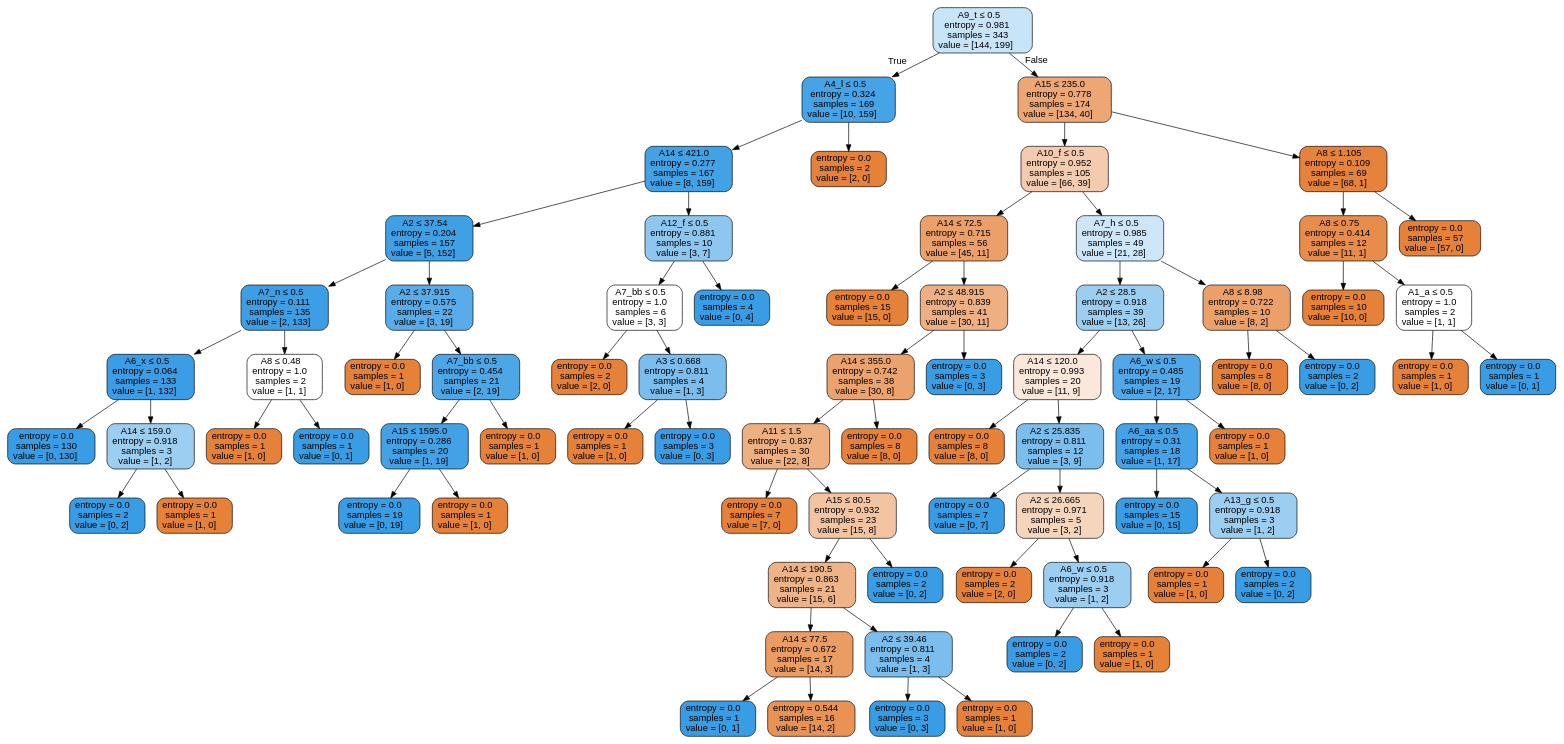
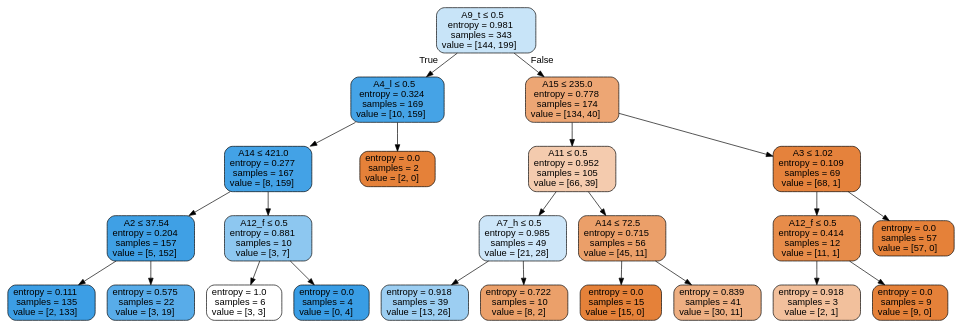
One commit to appleyuchi/Decision_Tree_Prune changed the diagram in sklearn_cart-classification_CCP-finish/sklearnCART2json_CCP/visualization/T0.dot. Above: the diagram before and after it, drawn with Graphviz. The commit also changed 6 other files, not shown here.

```diff
--- a/sklearn_cart-classification_CCP-finish/sklearnCART2json_CCP/visualization/T0.dot
+++ b/sklearn_cart-classification_CCP-finish/sklearnCART2json_CCP/visualization/T0.dot
@@ -1,153 +1,49 @@
 digraph Tree {
 node [shape=box, style="filled, rounded", color="black", fontname=helvetica] ;
 edge [fontname=helvetica] ;
 0 [label=<A9_t &le; 0.5<br/>entropy = 0.981<br/>samples = 343<br/>value = [144, 199]>, fillcolor="#399de546"] ;
 1 [label=<A4_l &le; 0.5<br/>entropy = 0.324<br/>samples = 169<br/>value = [10, 159]>, fillcolor="#399de5ef"] ;
 0 -> 1 [labeldistance=2.5, labelangle=45, headlabel="True"] ;
 2 [label=<A14 &le; 421.0<br/>entropy = 0.277<br/>samples = 167<br/>value = [8, 159]>, fillcolor="#399de5f2"] ;
 1 -> 2 ;
 3 [label=<A2 &le; 37.54<br/>entropy = 0.204<br/>samples = 157<br/>value = [5, 152]>, fillcolor="#399de5f7"] ;
 2 -> 3 ;
-4 [label=<A7_n &le; 0.5<br/>entropy = 0.111<br/>samples = 135<br/>value = [2, 133]>, fillcolor="#399de5fb"] ;
+4 [label=<entropy = 0.111<br/>samples = 135<br/>value = [2, 133]>, fillcolor="#399de5fb"] ;
 3 -> 4 ;
-5 [label=<A6_x &le; 0.5<br/>entropy = 0.064<br/>samples = 133<br/>value = [1, 132]>, fillcolor="#399de5fd"] ;
-4 -> 5 ;
-6 [label=<entropy = 0.0<br/>samples = 130<br/>value = [0, 130]>, fillcolor="#399de5ff"] ;
-5 -> 6 ;
-7 [label=<A14 &le; 159.0<br/>entropy = 0.918<br/>samples = 3<br/>value = [1, 2]>, fillcolor="#399de57f"] ;
-5 -> 7 ;
-8 [label=<entropy = 0.0<br/>samples = 2<br/>value = [0, 2]>, fillcolor="#399de5ff"] ;
-7 -> 8 ;
-9 [label=<entropy = 0.0<br/>samples = 1<br/>value = [1, 0]>, fillcolor="#e58139ff"] ;
-7 -> 9 ;
-10 [label=<A8 &le; 0.48<br/>entropy = 1.0<br/>samples = 2<br/>value = [1, 1]>, fillcolor="#e5813900"] ;
-4 -> 10 ;
-11 [label=<entropy = 0.0<br/>samples = 1<br/>value = [1, 0]>, fillcolor="#e58139ff"] ;
+5 [label=<entropy = 0.575<br/>samples = 22<br/>value = [3, 19]>, fillcolor="#399de5d7"] ;
+3 -> 5 ;
+6 [label=<A12_f &le; 0.5<br/>entropy = 0.881<br/>samples = 10<br/>value = [3, 7]>, fillcolor="#399de592"] ;
+2 -> 6 ;
+7 [label=<entropy = 1.0<br/>samples = 6<br/>value = [3, 3]>, fillcolor="#e5813900"] ;
+6 -> 7 ;
+8 [label=<entropy = 0.0<br/>samples = 4<br/>value = [0, 4]>, fillcolor="#399de5ff"] ;
+6 -> 8 ;
+9 [label=<entropy = 0.0<br/>samples = 2<br/>value = [2, 0]>, fillcolor="#e58139ff"] ;
+1 -> 9 ;
+10 [label=<A15 &le; 235.0<br/>entropy = 0.778<br/>samples = 174<br/>value = [134, 40]>, fillcolor="#e58139b3"] ;
+0 -> 10 [labeldistance=2.5, labelangle=-45, headlabel="False"] ;
+11 [label=<A11 &le; 0.5<br/>entropy = 0.952<br/>samples = 105<br/>value = [66, 39]>, fillcolor="#e5813968"] ;
 10 -> 11 ;
-12 [label=<entropy = 0.0<br/>samples = 1<br/>value = [0, 1]>, fillcolor="#399de5ff"] ;
-10 -> 12 ;
-13 [label=<A2 &le; 37.915<br/>entropy = 0.575<br/>samples = 22<br/>value = [3, 19]>, fillcolor="#399de5d7"] ;
-3 -> 13 ;
-14 [label=<entropy = 0.0<br/>samples = 1<br/>value = [1, 0]>, fillcolor="#e58139ff"] ;
-13 -> 14 ;
-15 [label=<A7_bb &le; 0.5<br/>entropy = 0.454<br/>samples = 21<br/>value = [2, 19]>, fillcolor="#399de5e4"] ;
-13 -> 15 ;
-16 [label=<A15 &le; 1595.0<br/>entropy = 0.286<br/>samples = 20<br/>value = [1, 19]>, fillcolor="#399de5f2"] ;
+12 [label=<A7_h &le; 0.5<br/>entropy = 0.985<br/>samples = 49<br/>value = [21, 28]>, fillcolor="#399de540"] ;
+11 -> 12 ;
+13 [label=<entropy = 0.918<br/>samples = 39<br/>value = [13, 26]>, fillcolor="#399de57f"] ;
+12 -> 13 ;
+14 [label=<entropy = 0.722<br/>samples = 10<br/>value = [8, 2]>, fillcolor="#e58139bf"] ;
+12 -> 14 ;
+15 [label=<A14 &le; 72.5<br/>entropy = 0.715<br/>samples = 56<br/>value = [45, 11]>, fillcolor="#e58139c1"] ;
+11 -> 15 ;
+16 [label=<entropy = 0.0<br/>samples = 15<br/>value = [15, 0]>, fillcolor="#e58139ff"] ;
 15 -> 16 ;
-17 [label=<entropy = 0.0<br/>samples = 19<br/>value = [0, 19]>, fillcolor="#399de5ff"] ;
-16 -> 17 ;
-18 [label=<entropy = 0.0<br/>samples = 1<br/>value = [1, 0]>, fillcolor="#e58139ff"] ;
-16 -> 18 ;
-19 [label=<entropy = 0.0<br/>samples = 1<br/>value = [1, 0]>, fillcolor="#e58139ff"] ;
-15 -> 19 ;
-20 [label=<A12_f &le; 0.5<br/>entropy = 0.881<br/>samples = 10<br/>value = [3, 7]>, fillcolor="#399de592"] ;
-2 -> 20 ;
-21 [label=<A7_bb &le; 0.5<br/>entropy = 1.0<br/>samples = 6<br/>value = [3, 3]>, fillcolor="#e5813900"] ;
-20 -> 21 ;
-22 [label=<entropy = 0.0<br/>samples = 2<br/>value = [2, 0]>, fillcolor="#e58139ff"] ;
-21 -> 22 ;
-23 [label=<A3 &le; 0.668<br/>entropy = 0.811<br/>samples = 4<br/>value = [1, 3]>, fillcolor="#399de5aa"] ;
-21 -> 23 ;
-24 [label=<entropy = 0.0<br/>samples = 1<br/>value = [1, 0]>, fillcolor="#e58139ff"] ;
-23 -> 24 ;
-25 [label=<entropy = 0.0<br/>samples = 3<br/>value = [0, 3]>, fillcolor="#399de5ff"] ;
-23 -> 25 ;
-26 [label=<entropy = 0.0<br/>samples = 4<br/>value = [0, 4]>, fillcolor="#399de5ff"] ;
-20 -> 26 ;
-27 [label=<entropy = 0.0<br/>samples = 2<br/>value = [2, 0]>, fillcolor="#e58139ff"] ;
-1 -> 27 ;
-28 [label=<A15 &le; 235.0<br/>entropy = 0.778<br/>samples = 174<br/>value = [134, 40]>, fillcolor="#e58139b3"] ;
-0 -> 28 [labeldistance=2.5, labelangle=-45, headlabel="False"] ;
-29 [label=<A10_f &le; 0.5<br/>entropy = 0.952<br/>samples = 105<br/>value = [66, 39]>, fillcolor="#e5813968"] ;
-28 -> 29 ;
-30 [label=<A14 &le; 72.5<br/>entropy = 0.715<br/>samples = 56<br/>value = [45, 11]>, fillcolor="#e58139c1"] ;
-29 -> 30 ;
-31 [label=<entropy = 0.0<br/>samples = 15<br/>value = [15, 0]>, fillcolor="#e58139ff"] ;
-30 -> 31 ;
-32 [label=<A2 &le; 48.915<br/>entropy = 0.839<br/>samples = 41<br/>value = [30, 11]>, fillcolor="#e58139a1"] ;
-30 -> 32 ;
-33 [label=<A14 &le; 355.0<br/>entropy = 0.742<br/>samples = 38<br/>value = [30, 8]>, fillcolor="#e58139bb"] ;
-32 -> 33 ;
-34 [label=<A11 &le; 1.5<br/>entropy = 0.837<br/>samples = 30<br/>value = [22, 8]>, fillcolor="#e58139a2"] ;
-33 -> 34 ;
-35 [label=<entropy = 0.0<br/>samples = 7<br/>value = [7, 0]>, fillcolor="#e58139ff"] ;
-34 -> 35 ;
-36 [label=<A15 &le; 80.5<br/>entropy = 0.932<br/>samples = 23<br/>value = [15, 8]>, fillcolor="#e5813977"] ;
-34 -> 36 ;
-37 [label=<A14 &le; 190.5<br/>entropy = 0.863<br/>samples = 21<br/>value = [15, 6]>, fillcolor="#e5813999"] ;
-36 -> 37 ;
-38 [label=<A14 &le; 77.5<br/>entropy = 0.672<br/>samples = 17<br/>value = [14, 3]>, fillcolor="#e58139c8"] ;
-37 -> 38 ;
-39 [label=<entropy = 0.0<br/>samples = 1<br/>value = [0, 1]>, fillcolor="#399de5ff"] ;
-38 -> 39 ;
-40 [label=<entropy = 0.544<br/>samples = 16<br/>value = [14, 2]>, fillcolor="#e58139db"] ;
-38 -> 40 ;
-41 [label=<A2 &le; 39.46<br/>entropy = 0.811<br/>samples = 4<br/>value = [1, 3]>, fillcolor="#399de5aa"] ;
-37 -> 41 ;
-42 [label=<entropy = 0.0<br/>samples = 3<br/>value = [0, 3]>, fillcolor="#399de5ff"] ;
-41 -> 42 ;
-43 [label=<entropy = 0.0<br/>samples = 1<br/>value = [1, 0]>, fillcolor="#e58139ff"] ;
-41 -> 43 ;
-44 [label=<entropy = 0.0<br/>samples = 2<br/>value = [0, 2]>, fillcolor="#399de5ff"] ;
-36 -> 44 ;
-45 [label=<entropy = 0.0<br/>samples = 8<br/>value = [8, 0]>, fillcolor="#e58139ff"] ;
-33 -> 45 ;
-46 [label=<entropy = 0.0<br/>samples = 3<br/>value = [0, 3]>, fillcolor="#399de5ff"] ;
-32 -> 46 ;
-47 [label=<A7_h &le; 0.5<br/>entropy = 0.985<br/>samples = 49<br/>value = [21, 28]>, fillcolor="#399de540"] ;
-29 -> 47 ;
-48 [label=<A2 &le; 28.5<br/>entropy = 0.918<br/>samples = 39<br/>value = [13, 26]>, fillcolor="#399de57f"] ;
-47 -> 48 ;
-49 [label=<A14 &le; 120.0<br/>entropy = 0.993<br/>samples = 20<br/>value = [11, 9]>, fillcolor="#e581392e"] ;
-48 -> 49 ;
-50 [label=<entropy = 0.0<br/>samples = 8<br/>value = [8, 0]>, fillcolor="#e58139ff"] ;
-49 -> 50 ;
-51 [label=<A2 &le; 25.835<br/>entropy = 0.811<br/>samples = 12<br/>value = [3, 9]>, fillcolor="#399de5aa"] ;
-49 -> 51 ;
-52 [label=<entropy = 0.0<br/>samples = 7<br/>value = [0, 7]>, fillcolor="#399de5ff"] ;
-51 -> 52 ;
-53 [label=<A2 &le; 26.665<br/>entropy = 0.971<br/>samples = 5<br/>value = [3, 2]>, fillcolor="#e5813955"] ;
-51 -> 53 ;
-54 [label=<entropy = 0.0<br/>samples = 2<br/>value = [2, 0]>, fillcolor="#e58139ff"] ;
-53 -> 54 ;
-55 [label=<A6_w &le; 0.5<br/>entropy = 0.918<br/>samples = 3<br/>value = [1, 2]>, fillcolor="#399de57f"] ;
-53 -> 55 ;
-56 [label=<entropy = 0.0<br/>samples = 2<br/>value = [0, 2]>, fillcolor="#399de5ff"] ;
-55 -> 56 ;
-57 [label=<entropy = 0.0<br/>samples = 1<br/>value = [1, 0]>, fillcolor="#e58139ff"] ;
-55 -> 57 ;
-58 [label=<A6_w &le; 0.5<br/>entropy = 0.485<br/>samples = 19<br/>value = [2, 17]>, fillcolor="#399de5e1"] ;
-48 -> 58 ;
-59 [label=<A6_aa &le; 0.5<br/>entropy = 0.31<br/>samples = 18<br/>value = [1, 17]>, fillcolor="#399de5f0"] ;
-58 -> 59 ;
-60 [label=<entropy = 0.0<br/>samples = 15<br/>value = [0, 15]>, fillcolor="#399de5ff"] ;
-59 -> 60 ;
-61 [label=<A13_g &le; 0.5<br/>entropy = 0.918<br/>samples = 3<br/>value = [1, 2]>, fillcolor="#399de57f"] ;
-59 -> 61 ;
-62 [label=<entropy = 0.0<br/>samples = 1<br/>value = [1, 0]>, fillcolor="#e58139ff"] ;
-61 -> 62 ;
-63 [label=<entropy = 0.0<br/>samples = 2<br/>value = [0, 2]>, fillcolor="#399de5ff"] ;
-61 -> 63 ;
-64 [label=<entropy = 0.0<br/>samples = 1<br/>value = [1, 0]>, fillcolor="#e58139ff"] ;
-58 -> 64 ;
-65 [label=<A8 &le; 8.98<br/>entropy = 0.722<br/>samples = 10<br/>value = [8, 2]>, fillcolor="#e58139bf"] ;
-47 -> 65 ;
-66 [label=<entropy = 0.0<br/>samples = 8<br/>value = [8, 0]>, fillcolor="#e58139ff"] ;
-65 -> 66 ;
-67 [label=<entropy = 0.0<br/>samples = 2<br/>value = [0, 2]>, fillcolor="#399de5ff"] ;
-65 -> 67 ;
-68 [label=<A8 &le; 1.105<br/>entropy = 0.109<br/>samples = 69<br/>value = [68, 1]>, fillcolor="#e58139fb"] ;
-28 -> 68 ;
-69 [label=<A8 &le; 0.75<br/>entropy = 0.414<br/>samples = 12<br/>value = [11, 1]>, fillcolor="#e58139e8"] ;
-68 -> 69 ;
-70 [label=<entropy = 0.0<br/>samples = 10<br/>value = [10, 0]>, fillcolor="#e58139ff"] ;
-69 -> 70 ;
-71 [label=<A1_a &le; 0.5<br/>entropy = 1.0<br/>samples = 2<br/>value = [1, 1]>, fillcolor="#e5813900"] ;
-69 -> 71 ;
-72 [label=<entropy = 0.0<br/>samples = 1<br/>value = [1, 0]>, fillcolor="#e58139ff"] ;
-71 -> 72 ;
-73 [label=<entropy = 0.0<br/>samples = 1<br/>value = [0, 1]>, fillcolor="#399de5ff"] ;
-71 -> 73 ;
-74 [label=<entropy = 0.0<br/>samples = 57<br/>value = [57, 0]>, fillcolor="#e58139ff"] ;
-68 -> 74 ;
+17 [label=<entropy = 0.839<br/>samples = 41<br/>value = [30, 11]>, fillcolor="#e58139a1"] ;
+15 -> 17 ;
+18 [label=<A3 &le; 1.02<br/>entropy = 0.109<br/>samples = 69<br/>value = [68, 1]>, fillcolor="#e58139fb"] ;
+10 -> 18 ;
+19 [label=<A12_f &le; 0.5<br/>entropy = 0.414<br/>samples = 12<br/>value = [11, 1]>, fillcolor="#e58139e8"] ;
+18 -> 19 ;
+20 [label=<entropy = 0.918<br/>samples = 3<br/>value = [2, 1]>, fillcolor="#e581397f"] ;
+19 -> 20 ;
+21 [label=<entropy = 0.0<br/>samples = 9<br/>value = [9, 0]>, fillcolor="#e58139ff"] ;
+19 -> 21 ;
+22 [label=<entropy = 0.0<br/>samples = 57<br/>value = [57, 0]>, fillcolor="#e58139ff"] ;
+18 -> 22 ;
 }
```
